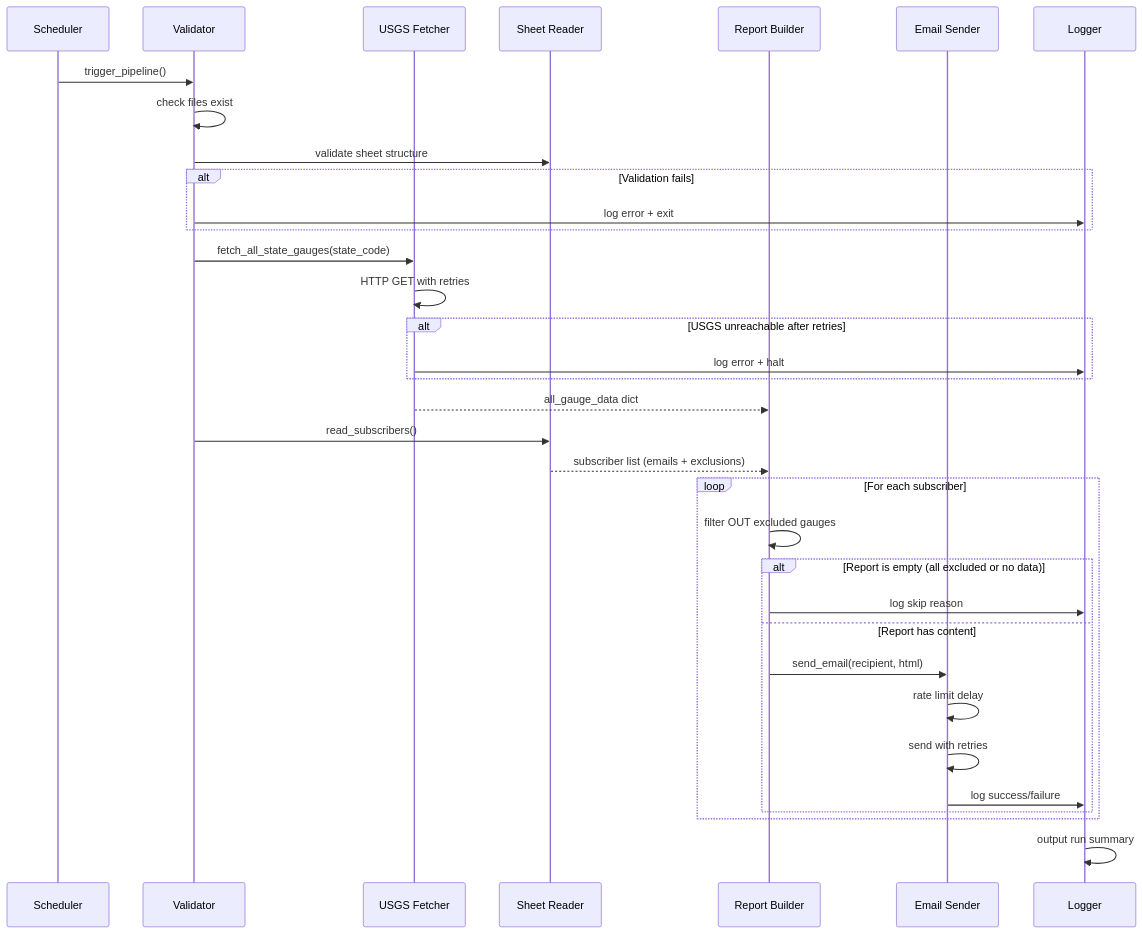
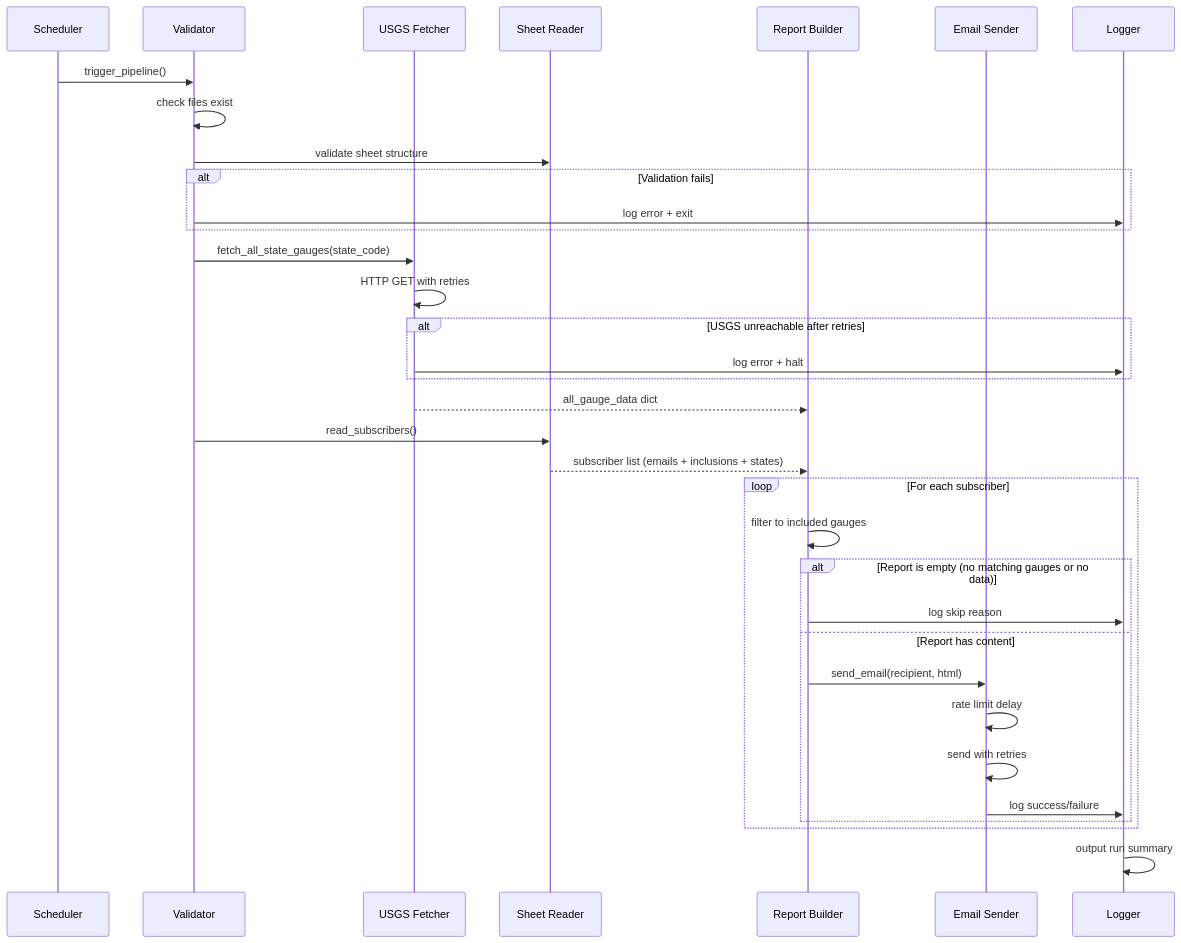
Before and after one commit to patrick-fortunato/river-level-notification-system: the second of 2 diagrams in .kiro/specs/river-level-notification-system/design.md, drawn with Mermaid. The commit also changed other lines of this file and 13 other files, not shown here.

````diff
--- a/.kiro/specs/river-level-notification-system/design.md
+++ b/.kiro/specs/river-level-notification-system/design.md
@@ -76,37 +76,37 @@
 ```mermaid
 sequenceDiagram
     participant S as Scheduler
     participant V as Validator
     participant U as USGS Fetcher
     participant R as Sheet Reader
     participant B as Report Builder
     participant E as Email Sender
     participant L as Logger
 
     S->>V: trigger_pipeline()
     V->>V: check files exist
     V->>R: validate sheet structure
     alt Validation fails
         V->>L: log error + exit
     end
     V->>U: fetch_all_state_gauges(state_code)
     U->>U: HTTP GET with retries
     alt USGS unreachable after retries
         U->>L: log error + halt
     end
     U-->>B: all_gauge_data dict
     V->>R: read_subscribers()
-    R-->>B: subscriber list (emails + exclusions)
+    R-->>B: subscriber list (emails + inclusions + states)
     loop For each subscriber
-        B->>B: filter OUT excluded gauges
-        alt Report is empty (all excluded or no data)
+        B->>B: filter to included gauges
+        alt Report is empty (no matching gauges or no data)
             B->>L: log skip reason
         else Report has content
             B->>E: send_email(recipient, html)
             E->>E: rate limit delay
             E->>E: send with retries
             E->>L: log success/failure
         end
     end
     L->>L: output run summary
 ```
````
